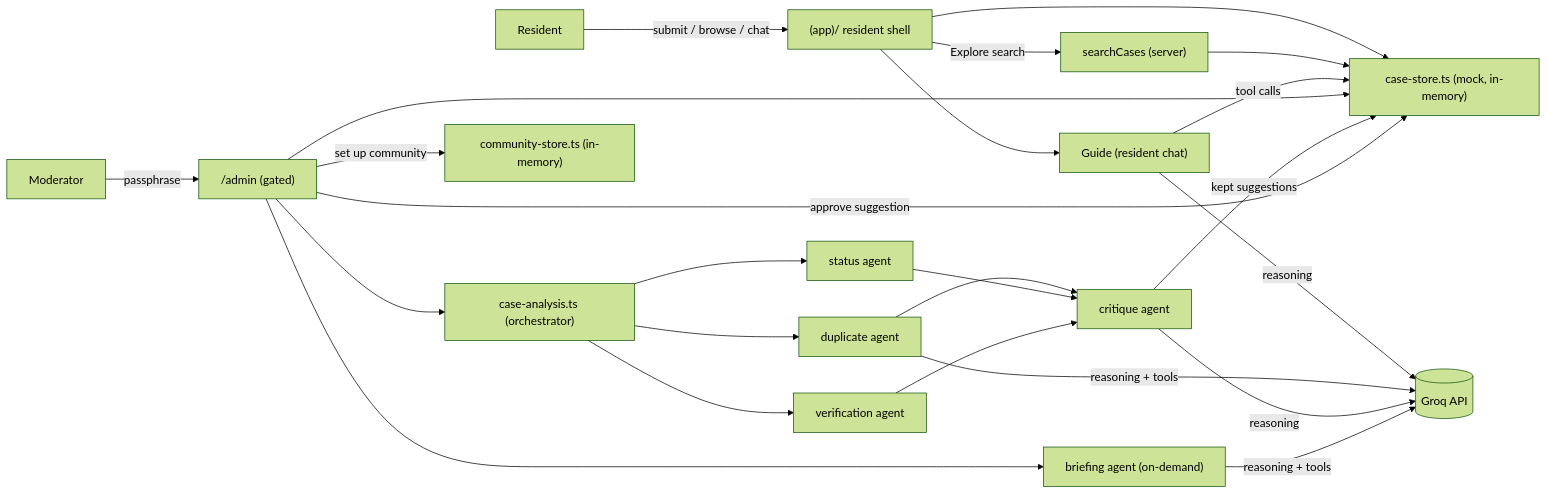
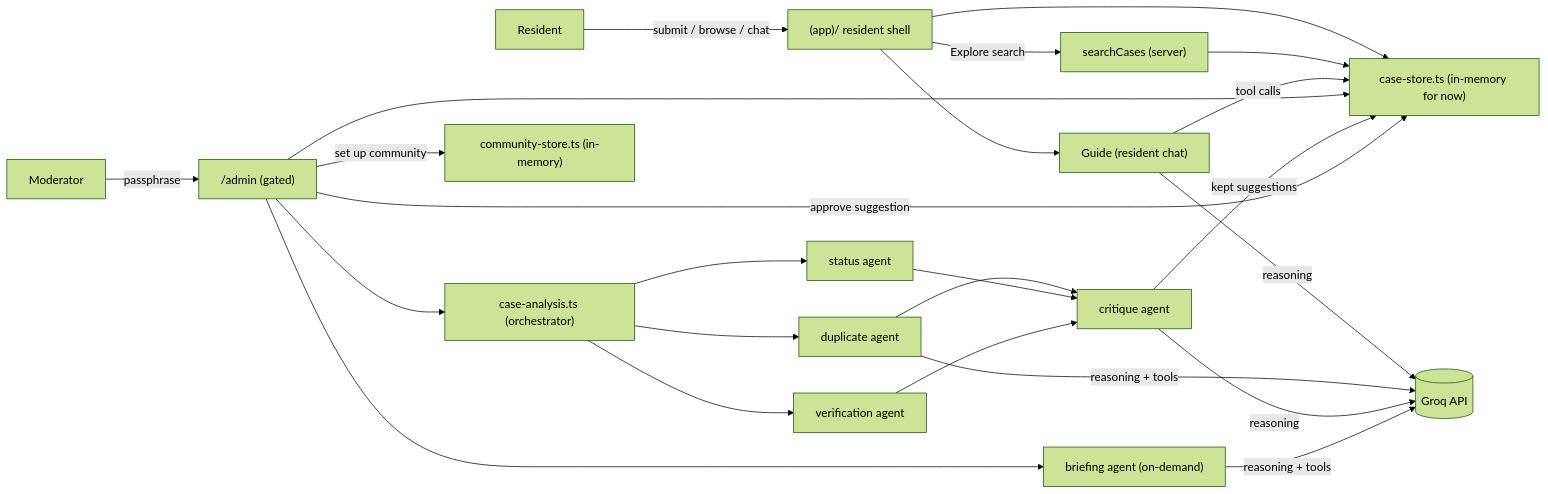
Before and after one commit to Bhakti864653/commonground: the diagram in README.md, drawn with Mermaid (forest theme). The commit also changed other lines of this file and 24 other files, not shown here.

````diff
--- a/README.md
+++ b/README.md
@@ -123,24 +124,24 @@
 ```mermaid
 flowchart LR
   Resident -->|submit / browse / chat| AppShell["(app)/ resident shell"]
-  AppShell --> Store["case-store.ts (mock, in-memory)"]
+  AppShell --> Store["case-store.ts (in-memory for now)"]
   AppShell -->|Explore search| Search["searchCases (server)"]
   Search --> Store
   AppShell --> Guide["Guide (resident chat)"]
   Guide -->|tool calls| Store
   Guide -->|reasoning| Groq[(Groq API)]
   Moderator -->|passphrase| Admin["/admin (gated)"]
   Admin --> Store
   Admin --> Orchestrator["case-analysis.ts (orchestrator)"]
   Orchestrator --> DupAgent["duplicate agent"]
   Orchestrator --> StatusAgent["status agent"]
   Orchestrator --> VerifyAgent["verification agent"]
   DupAgent & StatusAgent & VerifyAgent --> Critique["critique agent"]
   Critique -->|kept suggestions| Store
   DupAgent -->|reasoning + tools| Groq
   Critique -->|reasoning| Groq
   Admin --> Briefing["briefing agent (on-demand)"]
   Briefing -->|reasoning + tools| Groq
   Admin -->|approve suggestion| Store
   Admin -->|set up community| Communities["community-store.ts (in-memory)"]
 ```
````
